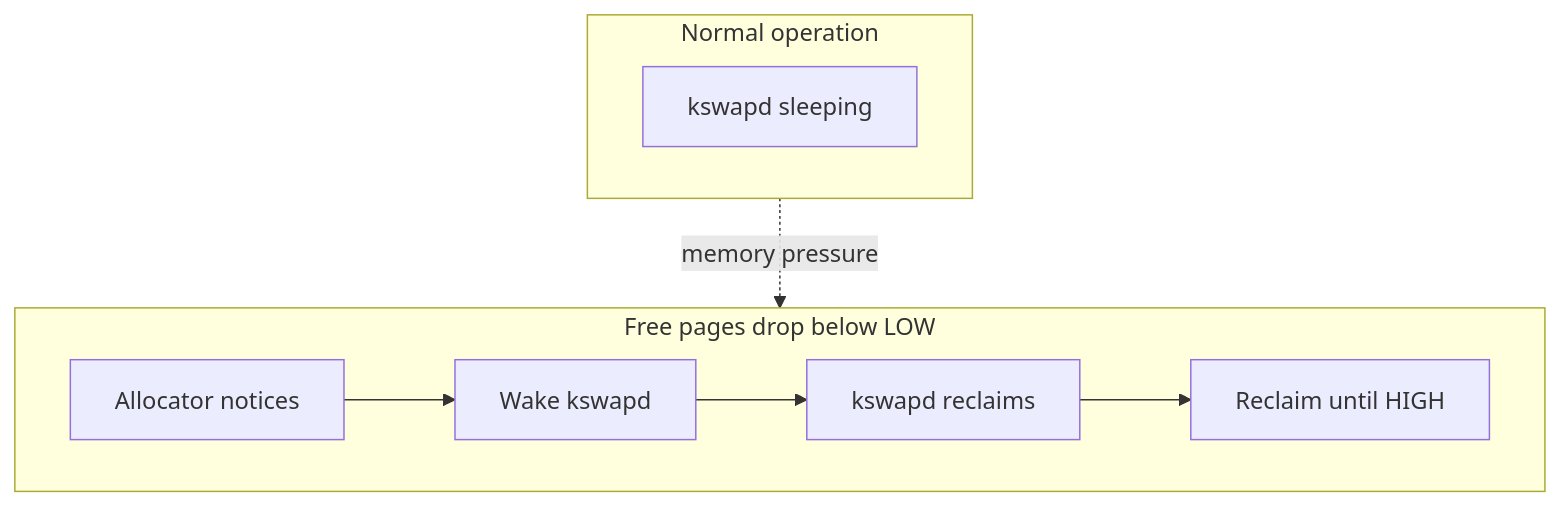
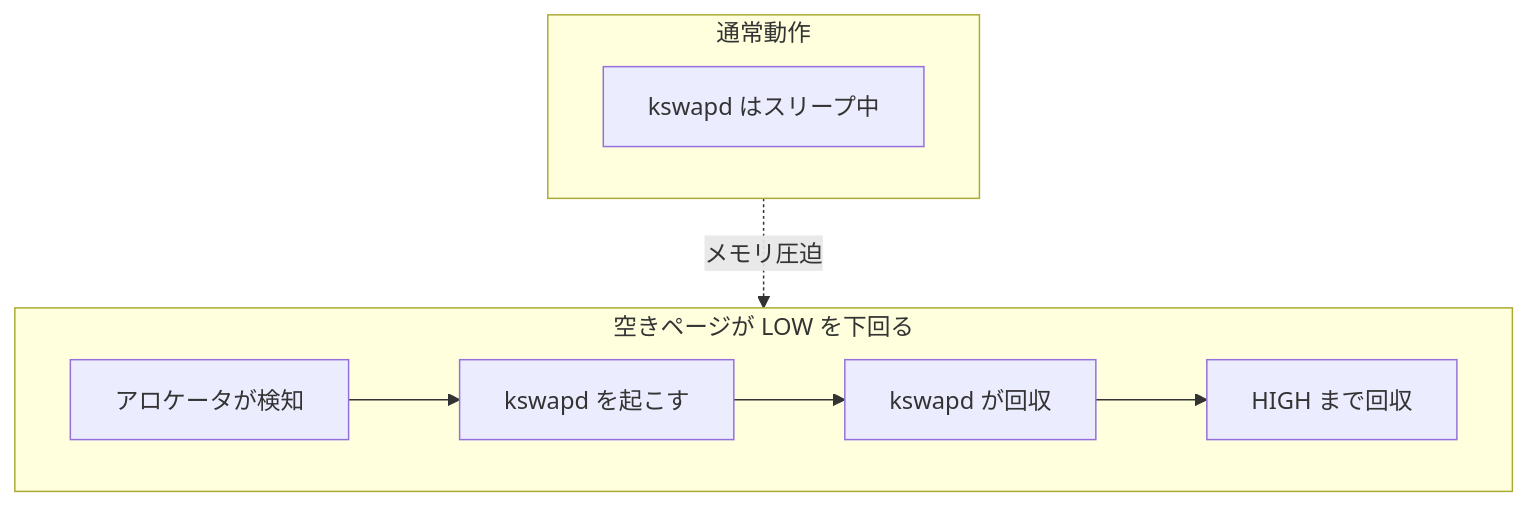
The third of 8 diagrams in docs/mm/oom.md (doguto/linux-kernel-internals-jp), drawn with Mermaid before and after one commit. The commit also changed other lines of this file and 1 other file, not shown here.

````diff
--- a/docs/mm/oom.md
+++ b/docs/mm/oom.md
@@ -105,13 +105,13 @@
 ```mermaid
 flowchart TB
-    subgraph Normal["Normal operation"]
-        SLEEP["kswapd sleeping"]
+    subgraph Normal["通常動作"]
+        SLEEP["kswapd はスリープ中"]
     end
 
-    subgraph Pressure["Free pages drop below LOW"]
-        A["Allocator notices"] --> B["Wake kswapd"] --> C["kswapd reclaims"]
-        C --> D["Reclaim until HIGH"]
+    subgraph Pressure["空きページが LOW を下回る"]
+        A["アロケータが検知"] --> B["kswapd を起こす"] --> C["kswapd が回収"]
+        C --> D["HIGH まで回収"]
     end
 
-    Normal -.->|"memory pressure"| Pressure
+    Normal -.->|"メモリ圧迫"| Pressure
 ```
````
